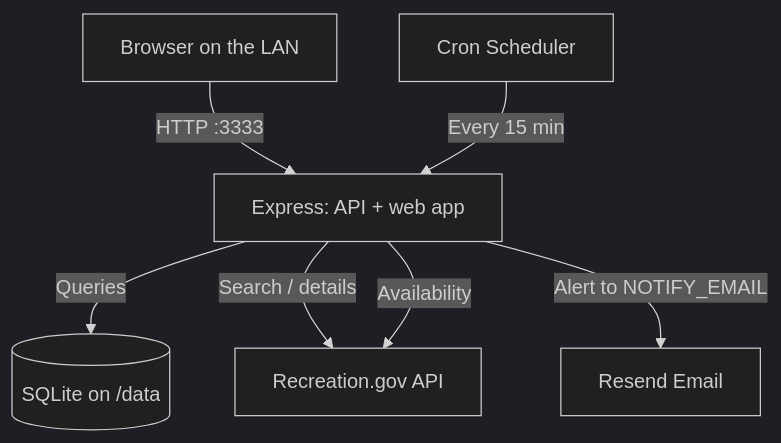
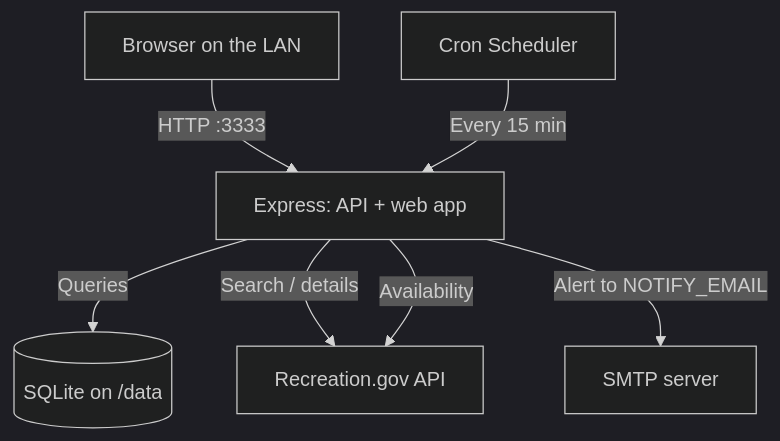
The first of 2 diagrams in README.md (adamcnaglich/campsight), drawn with Mermaid (dark theme) before and after one commit. The commit also changed other lines of this file and 10 other files, not shown here.

First line of the commit message:
Send alert emails over SMTP with nodemailer instead of Resend

````diff
--- a/README.md
+++ b/README.md
@@ -120,16 +124,16 @@
 ```mermaid
 flowchart TB
     User[Browser on the LAN]
     App[Express: API + web app]
     SQLite[(SQLite on /data)]
     RecGov[Recreation.gov API]
-    Resend[Resend Email]
+    Mail[SMTP server]
     Scheduler[Cron Scheduler]
 
     User -->|HTTP :3333| App
     App -->|Queries| SQLite
     App -->|Search / details| RecGov
     Scheduler -->|Every 15 min| App
     App -->|Availability| RecGov
-    App -->|Alert to NOTIFY_EMAIL| Resend
+    App -->|Alert to NOTIFY_EMAIL| Mail
 ```
````
